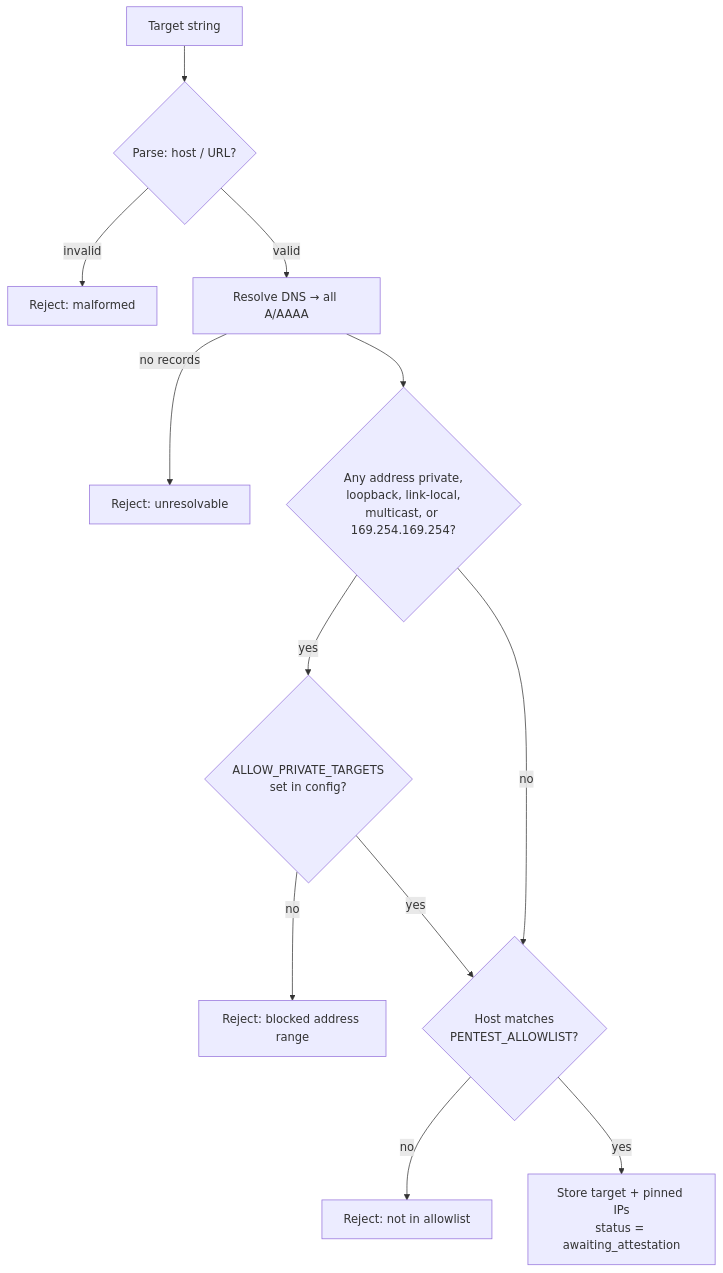
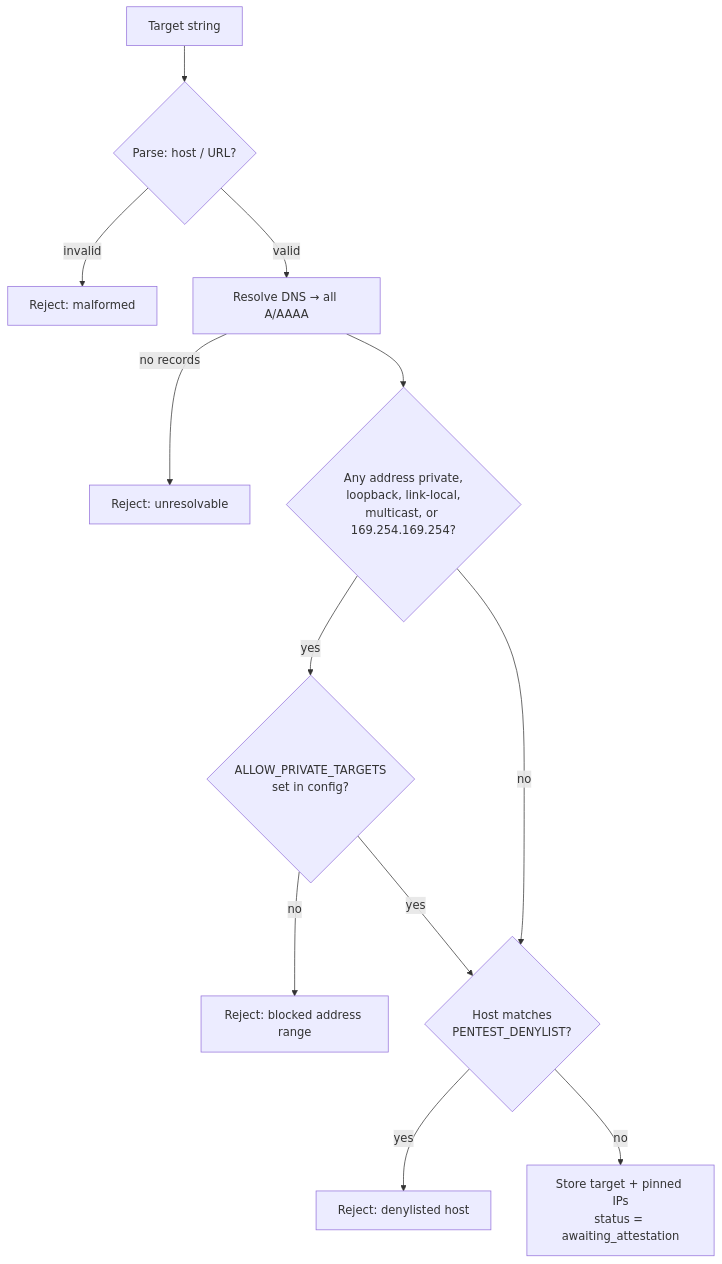
One commit to Ruhanyat-994/GuardPipe changed the second of 10 diagrams in documentation/05-module-specifications.md. Above: the diagram before and after it, drawn with Mermaid. The commit also changed other lines of this file and 6 other files, not shown here.

First line of the commit message:
docs: update specs for pentest Pass 2, denylist targeting, live progress, and report export

````diff
--- a/documentation/05-module-specifications.md
+++ b/documentation/05-module-specifications.md
@@ -234,14 +236,14 @@
 ```mermaid
 flowchart TB
     A[Target string] --> B{Parse: host / URL?}
     B -->|invalid| R1[Reject: malformed]
     B -->|valid| C[Resolve DNS → all A/AAAA]
     C -->|no records| R2[Reject: unresolvable]
     C --> D{Any address private,<br/>loopback, link-local,<br/>multicast, or 169.254.169.254?}
     D -->|yes| E{ALLOW_PRIVATE_TARGETS<br/>set in config?}
     E -->|no| R3[Reject: blocked address range]
     E -->|yes| F
-    D -->|no| F{Host matches<br/>PENTEST_ALLOWLIST?}
-    F -->|no| R4[Reject: not in allowlist]
-    F -->|yes| G[Store target + pinned IPs<br/>status = awaiting_attestation]
+    D -->|no| F{Host matches<br/>PENTEST_DENYLIST?}
+    F -->|yes| R4[Reject: denylisted host]
+    F -->|no| G[Store target + pinned IPs<br/>status = awaiting_attestation]
 ```
````
